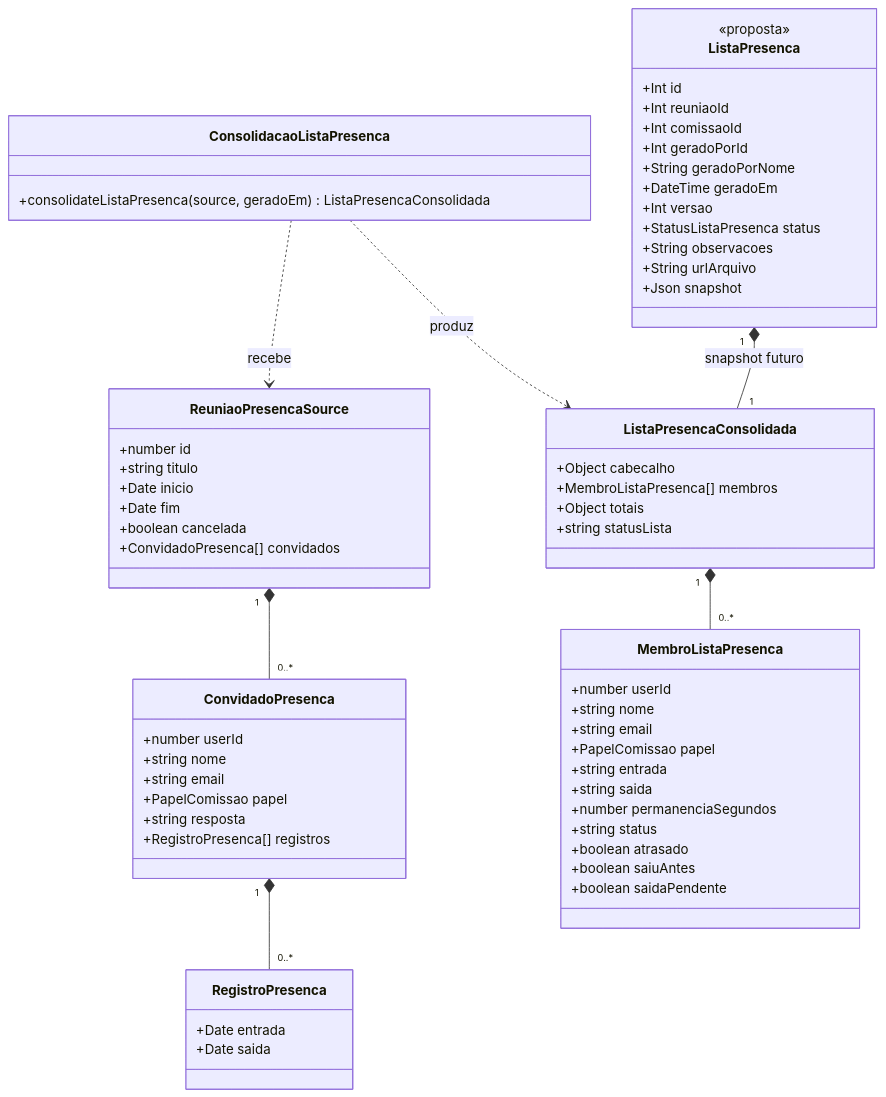
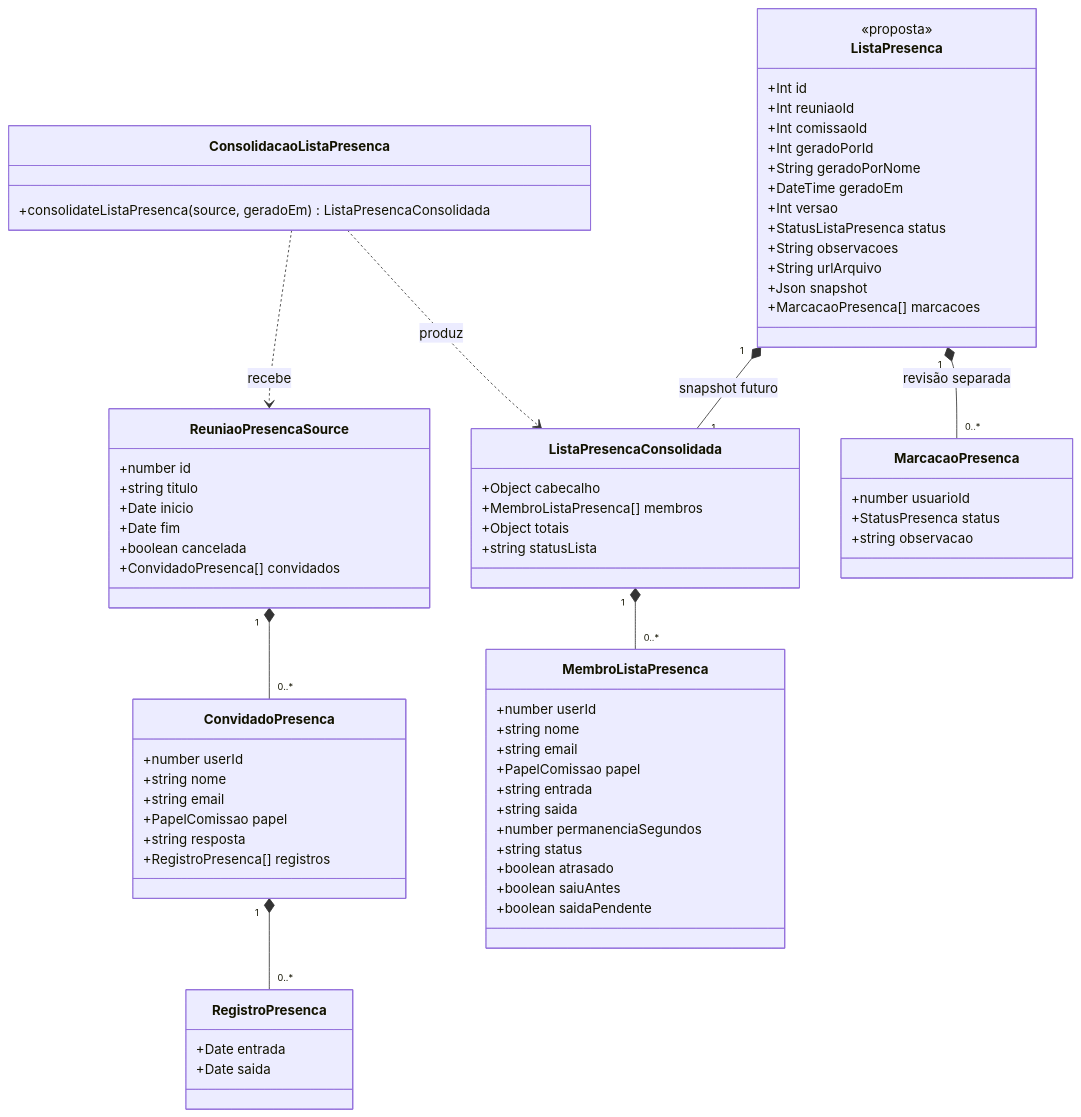
The third of 7 diagrams in documentos/entrega3_Di2/lista_presenca.md (MiguelIFSP/BRTPDS2-PROJETO-E-DESENVOLVIMENTO-DE-SISTEMAS-2), drawn with Mermaid before and after one commit. The commit also changed other lines of this file and 29 other files, not shown here.

````diff
--- a/documentos/entrega3_Di2/lista_presenca.md
+++ b/documentos/entrega3_Di2/lista_presenca.md
@@ -262,65 +309,72 @@
 ```mermaid
 classDiagram
     class ReuniaoPresencaSource {
         +number id
         +string titulo
         +Date inicio
         +Date fim
         +boolean cancelada
         +ConvidadoPresenca[] convidados
     }
     class ConvidadoPresenca {
         +number userId
         +string nome
         +string email
         +PapelComissao papel
         +string resposta
         +RegistroPresenca[] registros
     }
     class RegistroPresenca {
         +Date entrada
         +Date saida
     }
     class ConsolidacaoListaPresenca {
         +consolidateListaPresenca(source, geradoEm) ListaPresencaConsolidada
     }
     class ListaPresencaConsolidada {
         +Object cabecalho
         +MembroListaPresenca[] membros
         +Object totais
         +string statusLista
     }
     class MembroListaPresenca {
         +number userId
         +string nome
         +string email
         +PapelComissao papel
         +string entrada
         +string saida
         +number permanenciaSegundos
         +string status
         +boolean atrasado
         +boolean saiuAntes
         +boolean saidaPendente
     }
     class ListaPresenca {
         <<proposta>>
         +Int id
         +Int reuniaoId
         +Int comissaoId
         +Int geradoPorId
         +String geradoPorNome
         +DateTime geradoEm
         +Int versao
         +StatusListaPresenca status
         +String observacoes
         +String urlArquivo
         +Json snapshot
+        +MarcacaoPresenca[] marcacoes
+    }
+    class MarcacaoPresenca {
+        +number usuarioId
+        +StatusPresenca status
+        +string observacao
     }
     ReuniaoPresencaSource "1" *-- "0..*" ConvidadoPresenca
     ConvidadoPresenca "1" *-- "0..*" RegistroPresenca
     ConsolidacaoListaPresenca ..> ReuniaoPresencaSource : recebe
     ConsolidacaoListaPresenca ..> ListaPresencaConsolidada : produz
     ListaPresencaConsolidada "1" *-- "0..*" MembroListaPresenca
     ListaPresenca "1" *-- "1" ListaPresencaConsolidada : snapshot futuro
+    ListaPresenca "1" *-- "0..*" MarcacaoPresenca : revisão separada
 ```
````
